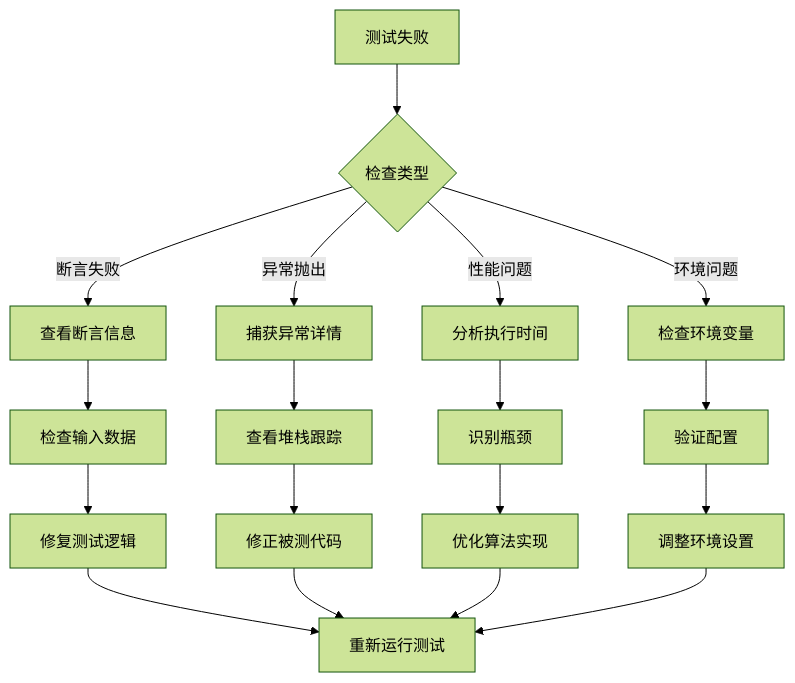
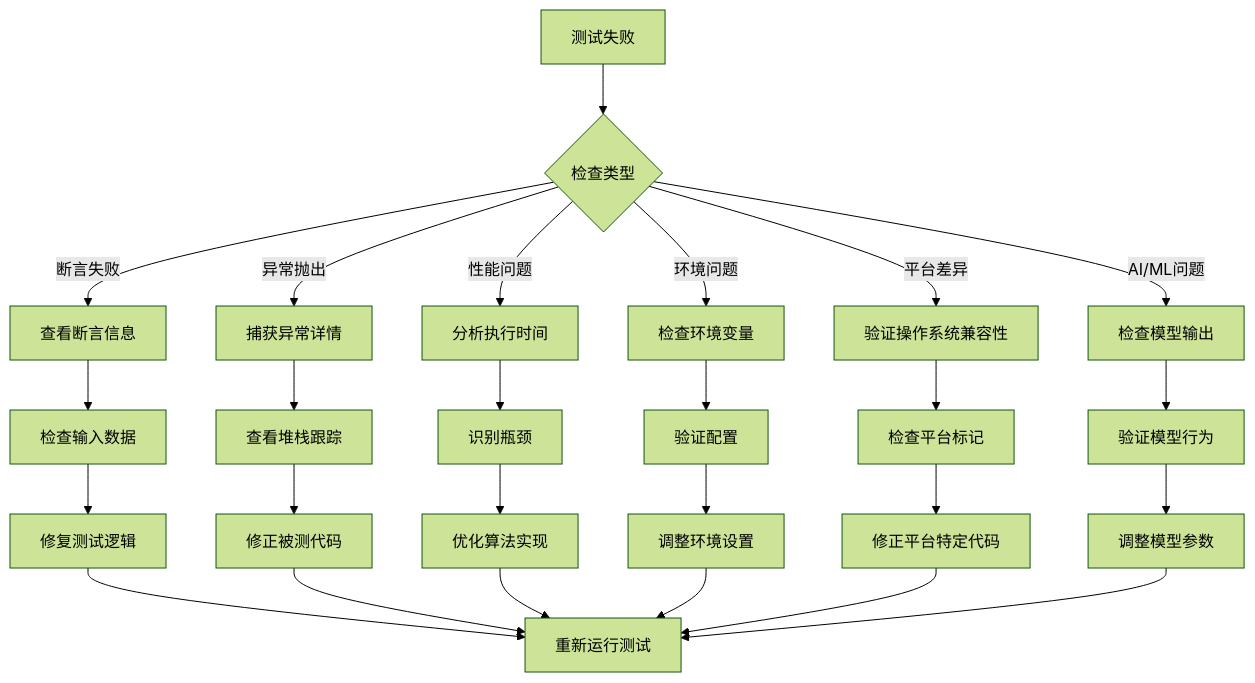
One commit to AngelWings1997/altas changed diagram 22 of 22 in .qoder/repowiki/zh/content/Altas Workflow Core/pytest测试模式参考.md. Above: the diagram before and after it, drawn with Mermaid (forest theme). The commit also changed other lines of this file and 16 other files, not shown here.

````diff
--- a/.qoder/repowiki/zh/content/Altas Workflow Core/pytest测试模式参考.md
+++ b/.qoder/repowiki/zh/content/Altas Workflow Core/pytest测试模式参考.md
@@ -485,20 +1217,28 @@
 ```mermaid
 flowchart TD
 A[测试失败] --> B{检查类型}
 B --> |断言失败| C[查看断言信息]
 B --> |异常抛出| D[捕获异常详情]
 B --> |性能问题| E[分析执行时间]
 B --> |环境问题| F[检查环境变量]
-C --> G[检查输入数据]
-D --> H[查看堆栈跟踪]
-E --> I[识别瓶颈]
-F --> J[验证配置]
-G --> K[修复测试逻辑]
-H --> L[修正被测代码]
-I --> M[优化算法实现]
-J --> N[调整环境设置]
-K --> O[重新运行测试]
-L --> O
-M --> O
-N --> O
+B --> |平台差异| G[验证操作系统兼容性]
+B --> |AI/ML问题| H[检查模型输出]
+C --> I[检查输入数据]
+D --> J[查看堆栈跟踪]
+E --> K[识别瓶颈]
+F --> L[验证配置]
+G --> M[检查平台标记]
+H --> N[验证模型行为]
+I --> O[修复测试逻辑]
+J --> P[修正被测代码]
+K --> Q[优化算法实现]
+L --> R[调整环境设置]
+M --> S[修正平台特定代码]
+N --> T[调整模型参数]
+O --> U[重新运行测试]
+P --> U
+Q --> U
+R --> U
+S --> U
+T --> U
 ```
````
